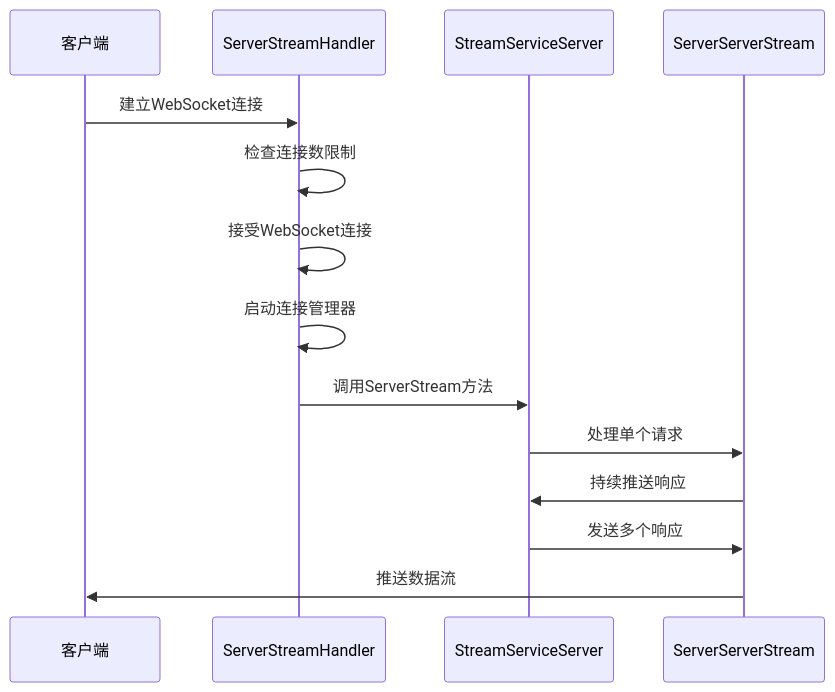
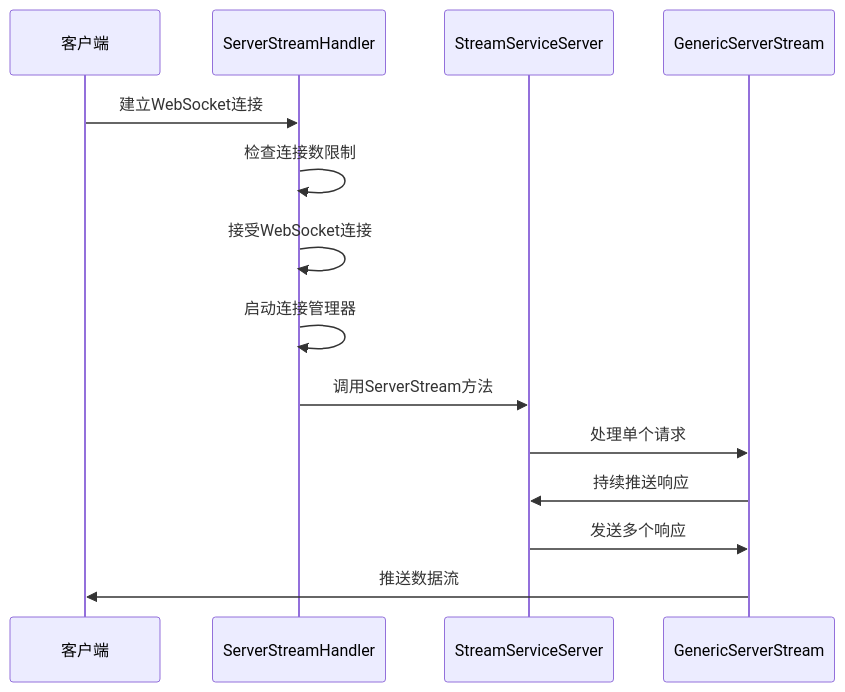
One commit to soyacen/goose changed diagram 13 of 15 in .agents/repowiki/zh/content/示例和最佳实践/WebSocket流式系统.md. Above: the diagram before and after it, drawn with Mermaid. The commit also changed other lines of this file and 7 other files, not shown here.

First line of the commit message:
Refactor WebSocket client and server stream handling

````diff
--- a/.agents/repowiki/zh/content/示例和最佳实践/WebSocket流式系统.md
+++ b/.agents/repowiki/zh/content/示例和最佳实践/WebSocket流式系统.md
@@ -512,16 +532,16 @@
 ```mermaid
 sequenceDiagram
 participant Client as 客户端
 participant Handler as ServerStreamHandler
 participant Service as StreamServiceServer
-participant Stream as ServerServerStream
+participant Stream as GenericServerStream
 Client->>Handler : 建立WebSocket连接
 Handler->>Handler : 检查连接数限制
 Handler->>Handler : 接受WebSocket连接
 Handler->>Handler : 启动连接管理器
 Handler->>Service : 调用ServerStream方法
 Service->>Stream : 处理单个请求
 Stream->>Service : 持续推送响应
 Service->>Stream : 发送多个响应
 Stream->>Client : 推送数据流
 ```
````
